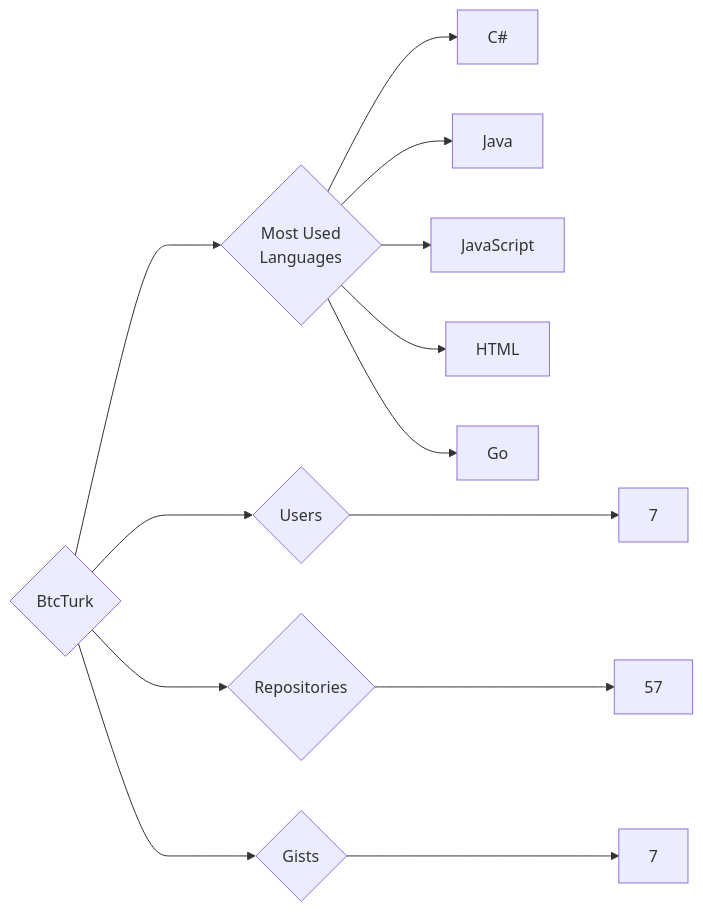
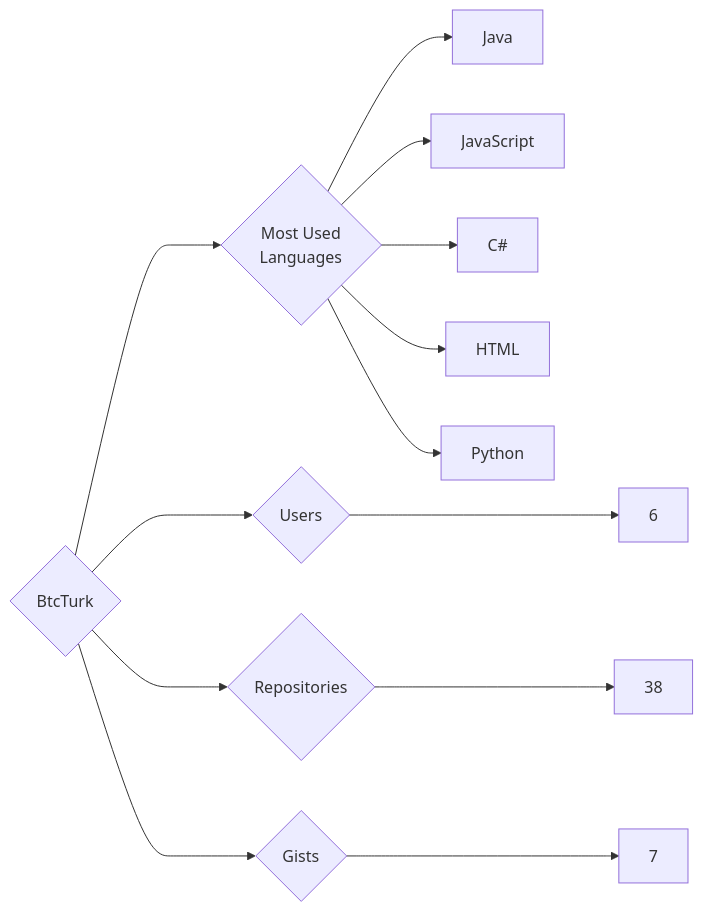
Before and after one commit to trickest/insiders: the diagram in targets/BtcTurk/README.md, drawn with Mermaid. The commit also changed 942 other files, not shown here.

````diff
--- a/targets/BtcTurk/README.md
+++ b/targets/BtcTurk/README.md
@@ -3,13 +3,13 @@
 ```mermaid
 graph LR
 COMPANY_NAME{BtcTurk}
-COMPANY_NAME ---> U{Users} ---> UN[7]
-COMPANY_NAME ---> R{Repositories} ---> RN[57]
+COMPANY_NAME ---> U{Users} ---> UN[6]
+COMPANY_NAME ---> R{Repositories} ---> RN[38]
 COMPANY_NAME ---> G{Gists} ---> GN[7]
 COMPANY_NAME ---> ML{Most Used<br>Languages}
-ML --> C#[C#]
 ML --> Java[Java]
 ML --> JavaScript[JavaScript]
+ML --> C#[C#]
 ML --> HTML[HTML]
-ML --> Go[Go]
+ML --> Python[Python]
 ```
````
